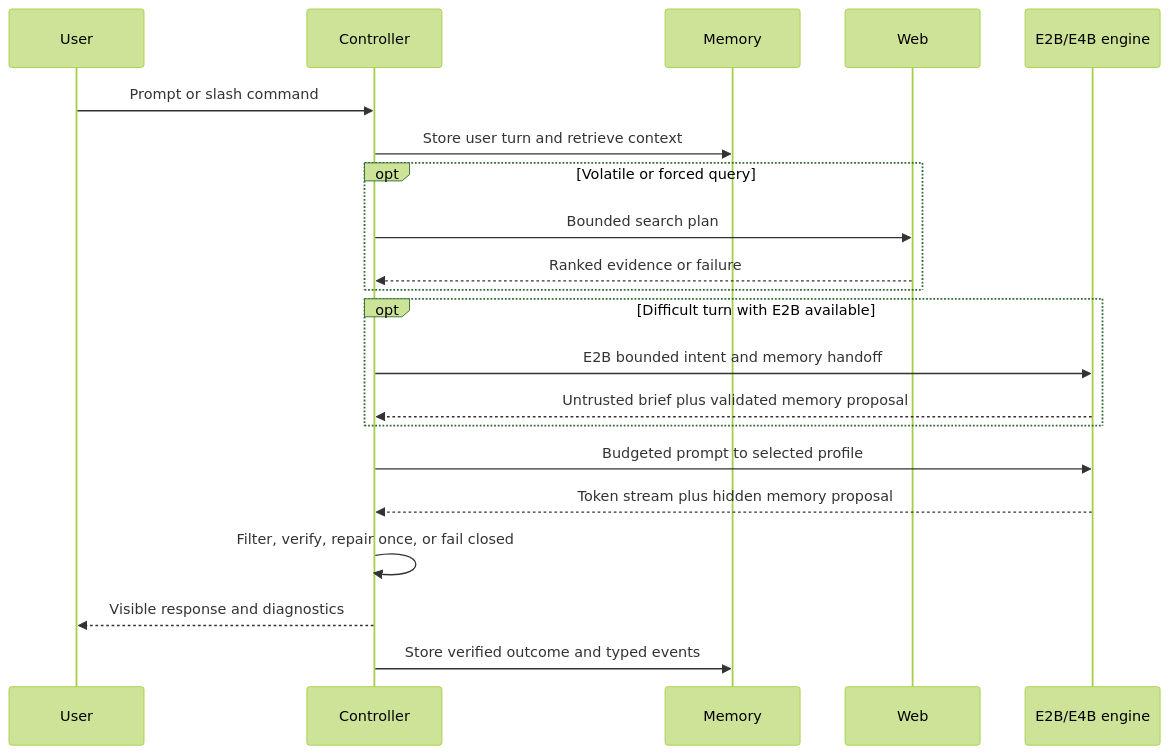
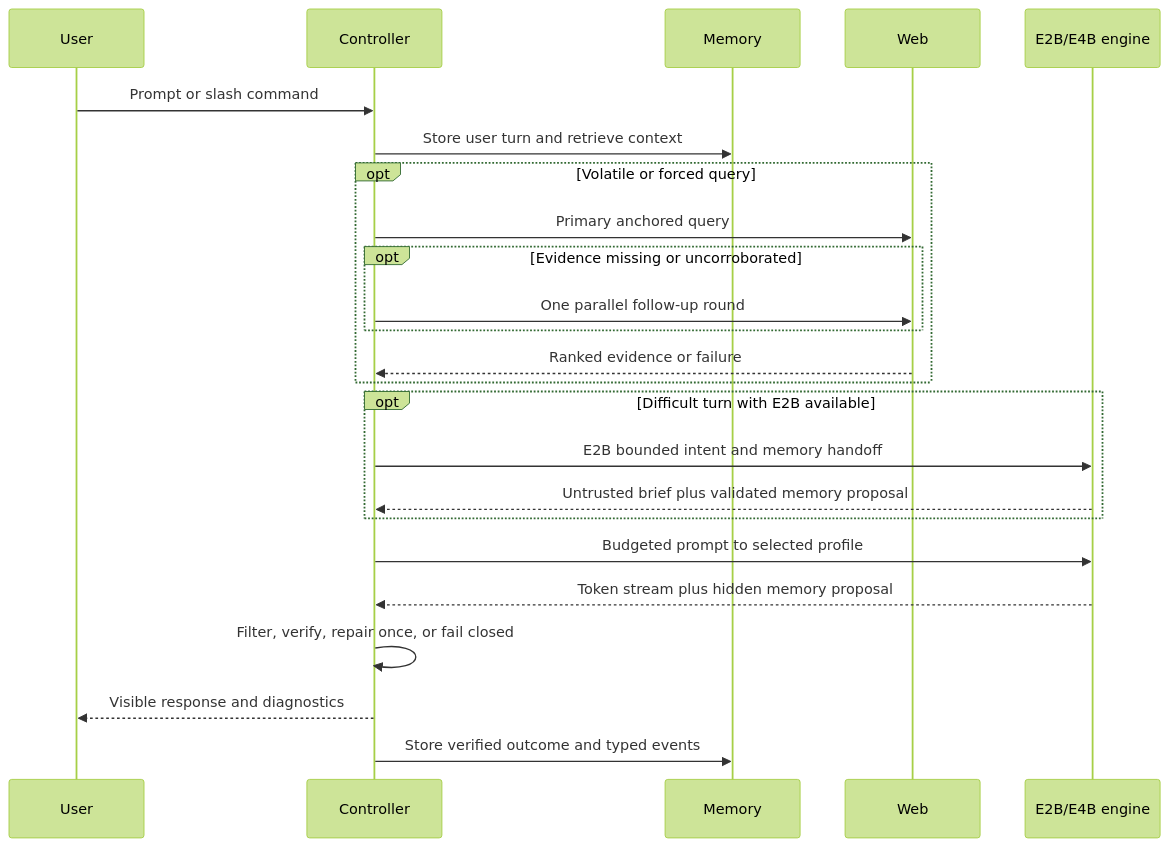
Before and after one commit to u8450677247-cmd/Project-InterMix: the second of 2 diagrams in docs/ARCHITECTURE.md, drawn with Mermaid (forest theme). The commit also changed other lines of this file and 8 other files, not shown here.

````diff
--- a/docs/ARCHITECTURE.md
+++ b/docs/ARCHITECTURE.md
@@ -37,23 +37,26 @@
 ```mermaid
 sequenceDiagram
     participant U as User
     participant C as Controller
     participant M as Memory
     participant W as Web
     participant L as E2B/E4B engine
     U->>C: Prompt or slash command
     C->>M: Store user turn and retrieve context
     opt Volatile or forced query
-        C->>W: Bounded search plan
+        C->>W: Primary anchored query
+        opt Evidence missing or uncorroborated
+            C->>W: One parallel follow-up round
+        end
         W-->>C: Ranked evidence or failure
     end
     opt Difficult turn with E2B available
         C->>L: E2B bounded intent and memory handoff
         L-->>C: Untrusted brief plus validated memory proposal
     end
     C->>L: Budgeted prompt to selected profile
     L-->>C: Token stream plus hidden memory proposal
     C->>C: Filter, verify, repair once, or fail closed
     C-->>U: Visible response and diagnostics
     C->>M: Store verified outcome and typed events
 ```
````
